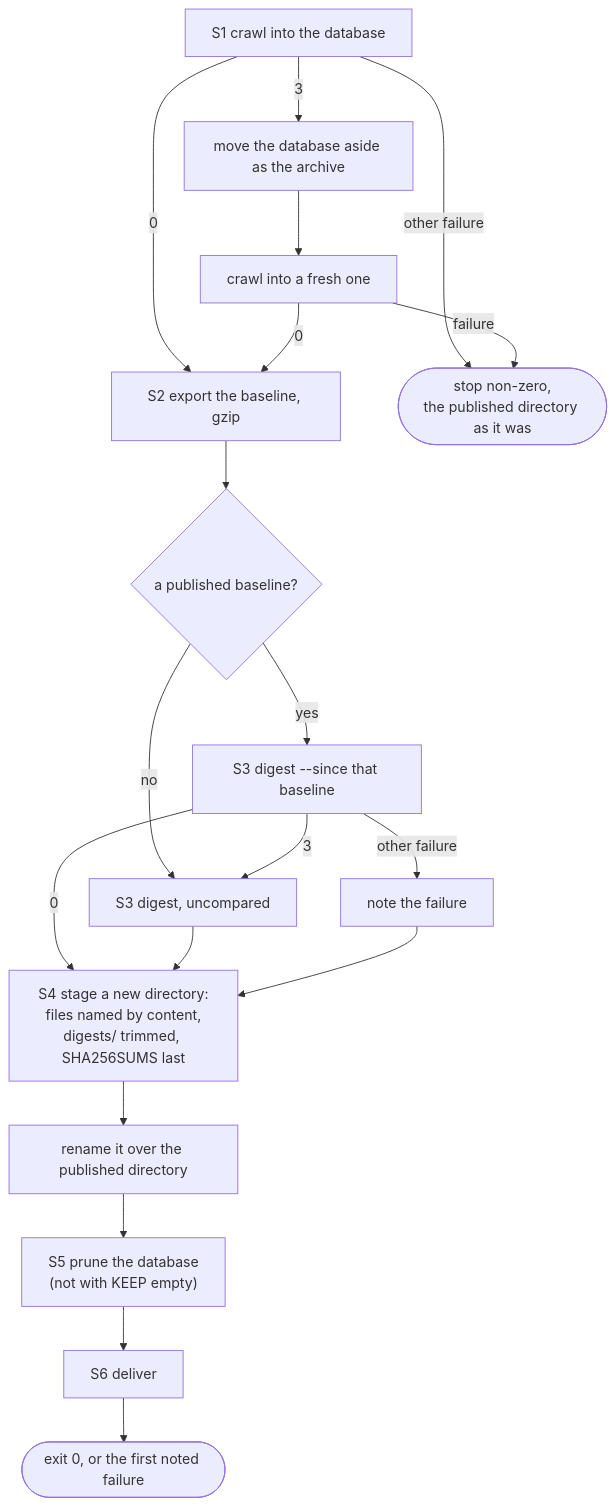
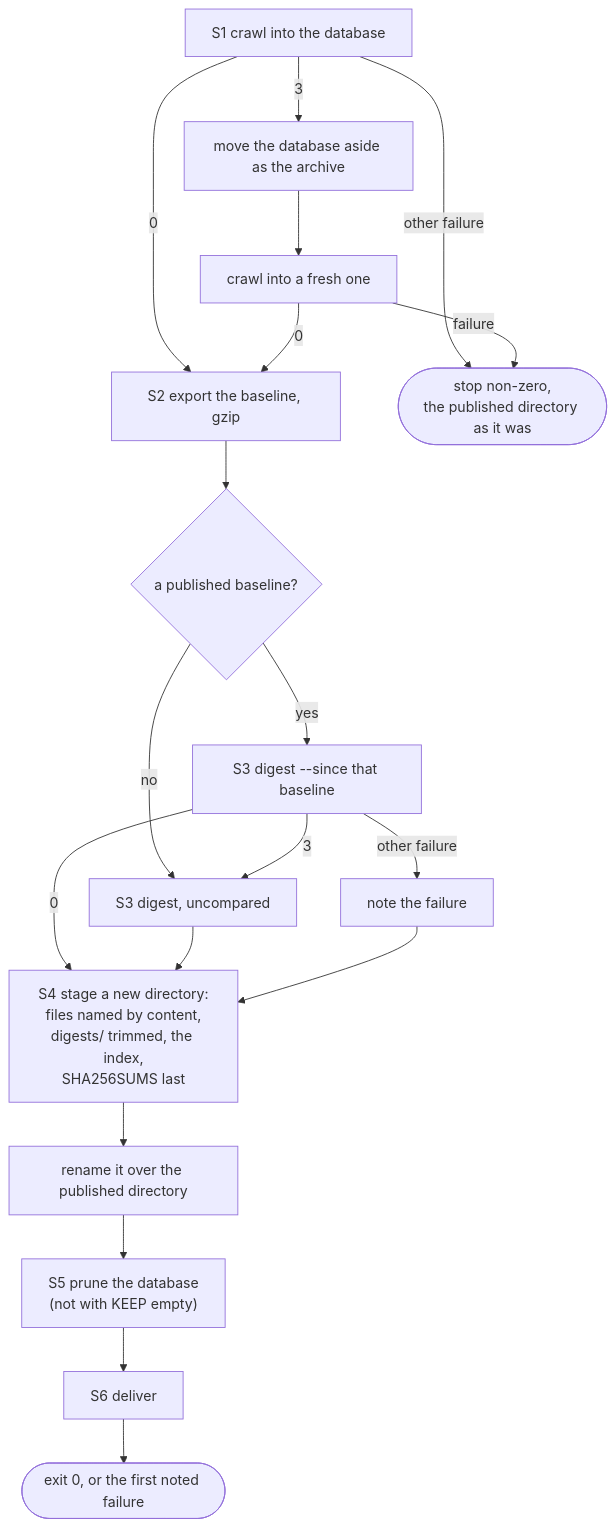
The second of 4 diagrams in docs/manual/deploy.md (mwinters0/bruce), drawn with Mermaid before and after one commit. The commit also changed other lines of this file and 4 other files, not shown here.

First line of the commit message:
9.12 The published directory's index

````diff
--- a/docs/manual/deploy.md
+++ b/docs/manual/deploy.md
@@ -475,19 +521,19 @@
 ```mermaid
 flowchart TD
   S1["S1 crawl into the database"] -->|0| S2["S2 export the baseline, gzip"]
   S1 -->|3| ARC["move the database aside as the archive"] --> S1b["crawl into a fresh one"]
   S1b -->|0| S2
   S1 -->|other failure| STOP(["stop non-zero,<br/>the published directory as it was"])
   S1b -->|failure| STOP
   S2 --> HAS{"a published baseline?"}
   HAS -->|yes| S3a["S3 digest --since that baseline"]
   HAS -->|no| S3b["S3 digest, uncompared"]
   S3a -->|3| S3b
   S3a -->|0| S4
-  S3b --> S4["S4 stage a new directory:<br/>files named by content,<br/>digests/ trimmed, SHA256SUMS last"]
+  S3b --> S4["S4 stage a new directory:<br/>files named by content,<br/>digests/ trimmed, the index,<br/>SHA256SUMS last"]
   S3a -->|other failure| NOTE["note the failure"] --> S4
   S4 --> SWAP["rename it over the published directory"]
   SWAP --> S5["S5 prune the database<br/>(not with KEEP empty)"]
   S5 --> S6["S6 deliver"]
   S6 --> END(["exit 0, or the first noted failure"])
 ```
````
